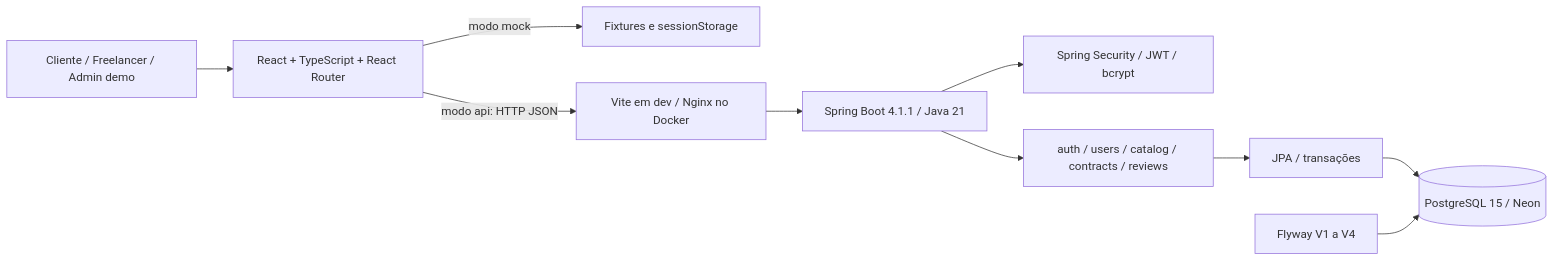
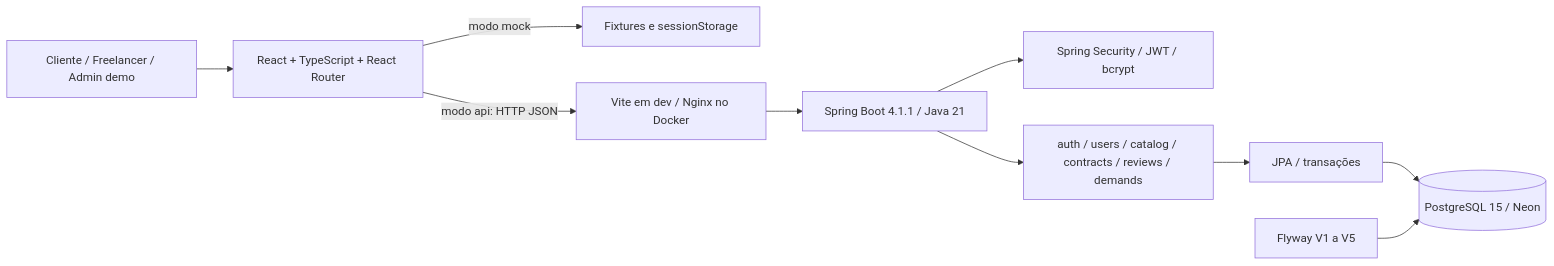
The diagram in docs/arquitetura.md (fabiolrocha/FreeLanceNow), drawn with Mermaid before and after one commit. The commit also changed other lines of this file and 30 other files, not shown here.

````diff
--- a/docs/arquitetura.md
+++ b/docs/arquitetura.md
@@ -5,12 +5,12 @@
 ```mermaid
 flowchart LR
   Pessoa[Cliente / Freelancer / Admin demo] --> Web[React + TypeScript + React Router]
   Web -->|modo mock| Mock[Fixtures e sessionStorage]
   Web -->|modo api: HTTP JSON| Proxy[Vite em dev / Nginx no Docker]
   Proxy --> API[Spring Boot 4.1.1 / Java 21]
   API --> Security[Spring Security / JWT / bcrypt]
-  API --> Modulos[auth / users / catalog / contracts / reviews]
+  API --> Modulos[auth / users / catalog / contracts / reviews / demands]
   Modulos --> JPA[JPA / transações]
   JPA --> DB[(PostgreSQL 15 / Neon)]
-  Flyway[Flyway V1 a V4] --> DB
+  Flyway[Flyway V1 a V5] --> DB
 ```
````
